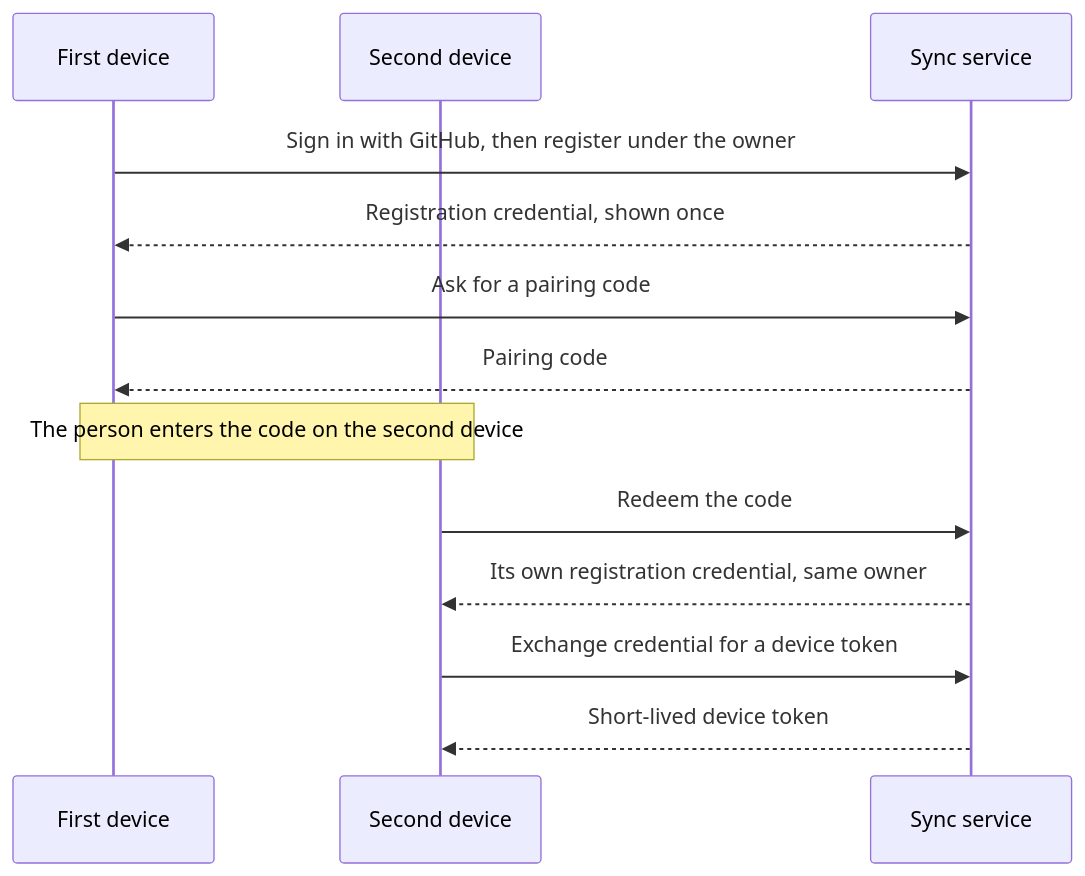
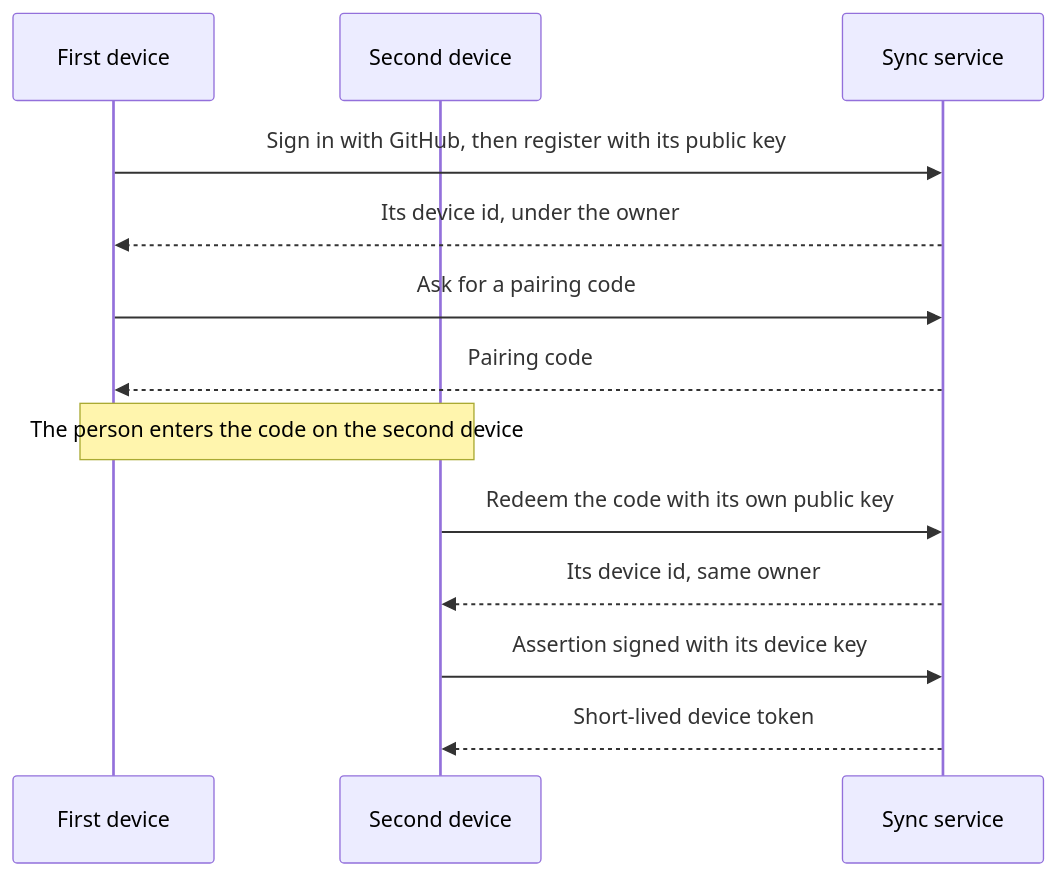
One commit to JSdotNet/Backlog changed the first of 2 diagrams in .devbook/domain/sync/features.md. Above: the diagram before and after it, drawn with Mermaid. The commit also changed other lines of this file and 7 other files, not shown here.

First line of the commit message:
docs(devbook): capture device keys and the claude.ai connector in the sync chapters

````diff
--- a/.devbook/domain/sync/features.md
+++ b/.devbook/domain/sync/features.md
@@ -15,15 +15,15 @@
 ```mermaid
 sequenceDiagram
     participant First as First device
     participant Second as Second device
     participant Sync as Sync service
-    First->>Sync: Sign in with GitHub, then register under the owner
-    Sync-->>First: Registration credential, shown once
+    First->>Sync: Sign in with GitHub, then register with its public key
+    Sync-->>First: Its device id, under the owner
     First->>Sync: Ask for a pairing code
     Sync-->>First: Pairing code
     Note over First,Second: The person enters the code on the second device
-    Second->>Sync: Redeem the code
-    Sync-->>Second: Its own registration credential, same owner
-    Second->>Sync: Exchange credential for a device token
+    Second->>Sync: Redeem the code with its own public key
+    Sync-->>Second: Its device id, same owner
+    Second->>Sync: Assertion signed with its device key
     Sync-->>Second: Short-lived device token
 ```
````
